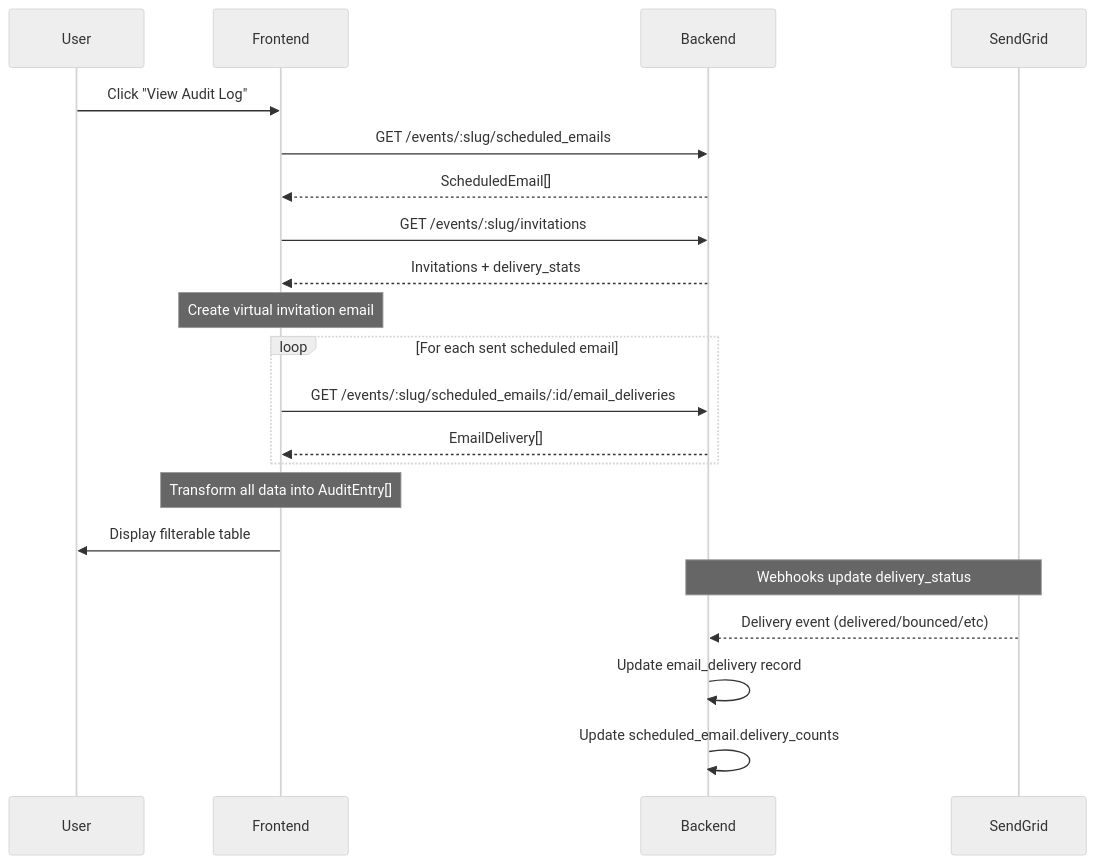
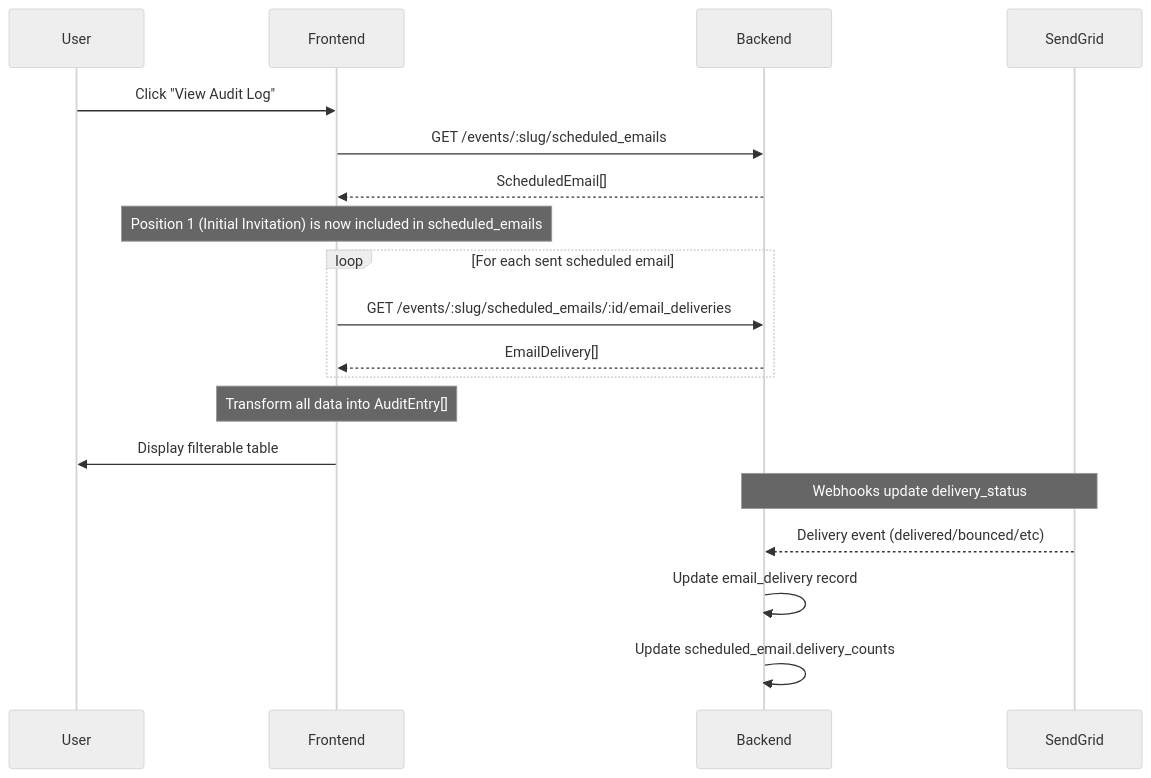
The diagram in docs/EMAIL_AUDIT_LOG_TECHNICAL_SPEC.md (courtneygreer-voxxy/voxxy-presents-client), drawn with Mermaid (neutral theme) before and after one commit. The commit also changed other lines of this file and 12 other files, not shown here.

Commit message:
email audit updates for initial invites

````diff
--- a/docs/EMAIL_AUDIT_LOG_TECHNICAL_SPEC.md
+++ b/docs/EMAIL_AUDIT_LOG_TECHNICAL_SPEC.md
@@ -108,29 +95,26 @@
 ```mermaid
 sequenceDiagram
     participant User
     participant Frontend
     participant Backend
     participant SendGrid
 
     User->>Frontend: Click "View Audit Log"
     Frontend->>Backend: GET /events/:slug/scheduled_emails
     Backend-->>Frontend: ScheduledEmail[]
 
-    Frontend->>Backend: GET /events/:slug/invitations
-    Backend-->>Frontend: Invitations + delivery_stats
-
-    Note over Frontend: Create virtual invitation email
+    Note over Frontend: Position 1 (Initial Invitation) is now included in scheduled_emails
 
     loop For each sent scheduled email
         Frontend->>Backend: GET /events/:slug/scheduled_emails/:id/email_deliveries
         Backend-->>Frontend: EmailDelivery[]
     end
 
     Note over Frontend: Transform all data into AuditEntry[]
     Frontend->>User: Display filterable table
 
     Note over Backend,SendGrid: Webhooks update delivery_status
     SendGrid-->>Backend: Delivery event (delivered/bounced/etc)
     Backend->>Backend: Update email_delivery record
     Backend->>Backend: Update scheduled_email.delivery_counts
 ```
````
